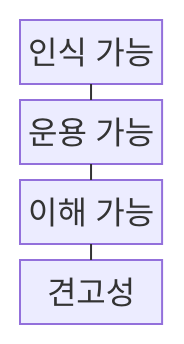
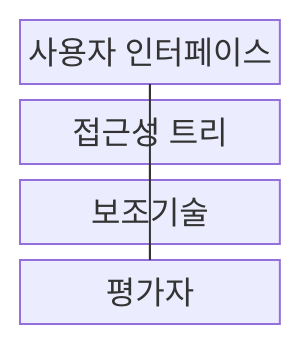
The first of 2 diagrams in src/content/docs/notes/03-software/194_digital_accessibility_wcag.md (agnusdei1207/knowledge-base), drawn with Mermaid before and after one commit. The commit also changed other lines of this file and 20 other files, not shown here.

````diff
--- a/src/content/docs/notes/03-software/194_digital_accessibility_wcag.md
+++ b/src/content/docs/notes/03-software/194_digital_accessibility_wcag.md
@@ -53,11 +54,12 @@
 ```mermaid
-block-beta
+block
     columns 1
-    A["인식 가능"]
-    B["운용 가능"]
-    C["이해 가능"]
-    D["견고성"]
-    A --- B
-    B --- C
-    C --- D
+    U["사용자 인터페이스"]
+    A["접근성 트리"]
+    T["보조기술"]
+    V["평가자"]
+    U --- A
+    A --- T
+    U --- V
+    T --- V
 ```
````
